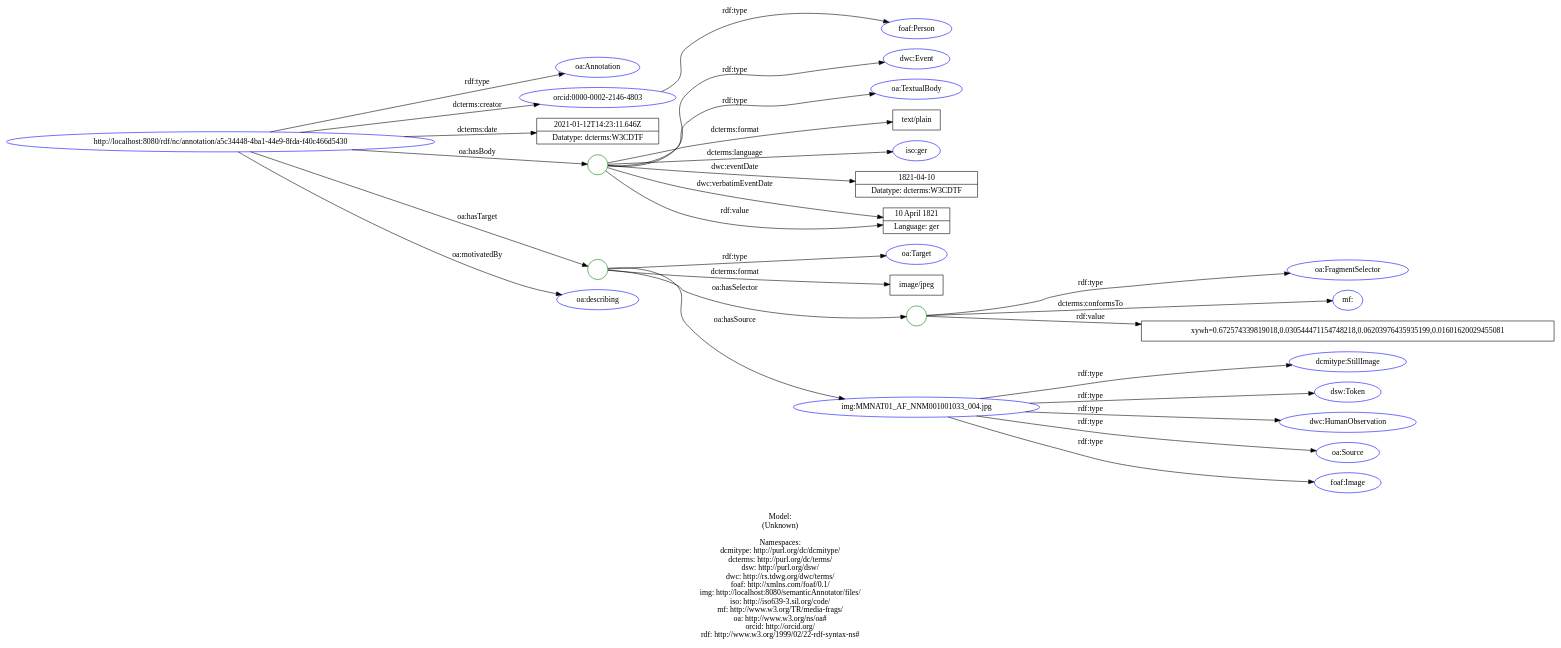
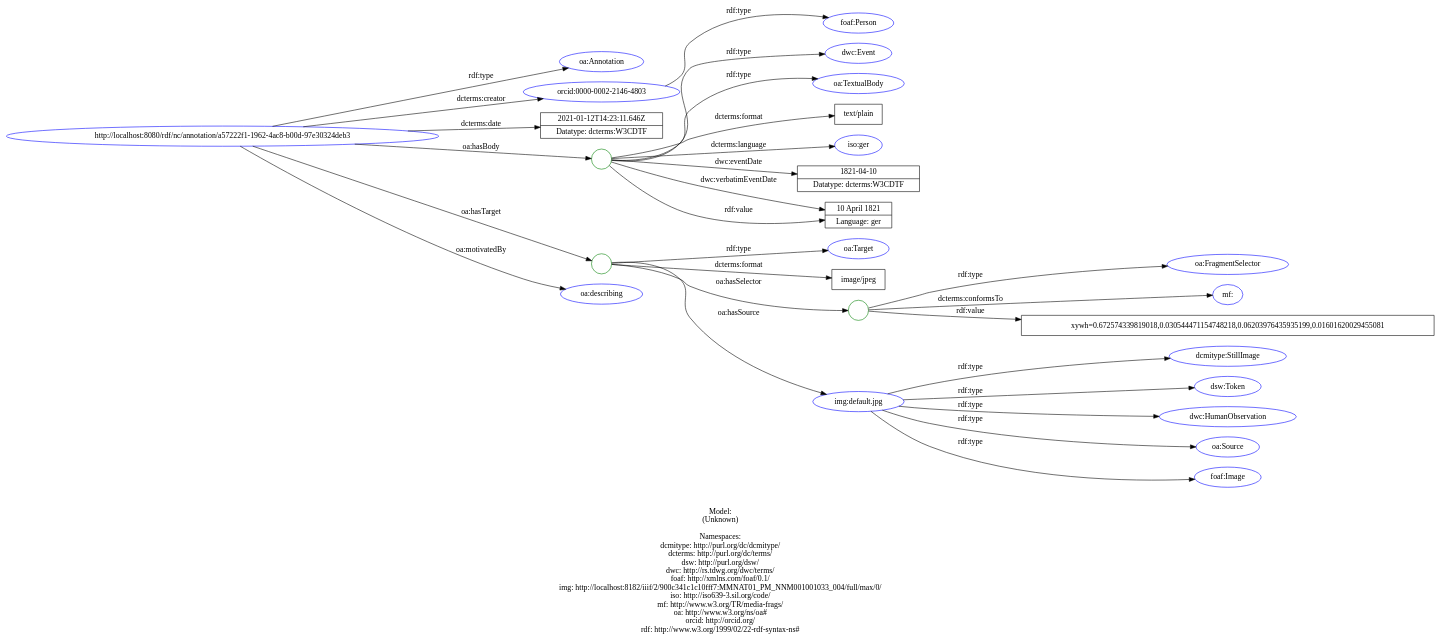
Before and after one commit to lisestork/SFB-Annotator: the diagram in doc/models/example_7_1.dot, drawn with Graphviz. The commit also changed 23 other files, not shown here.

Commit message:
Update RDF graphs & SVG plots.

```diff
--- a/doc/models/example_7_1.dot
+++ b/doc/models/example_7_1.dot
@@ -1,65 +1,65 @@
 digraph {
 	rankdir = LR;
 	charset="utf-8";
 
-	"Rhttp://localhost:8080/rdf/nc/annotation/a5c34448-4ba1-44e9-8fda-f40c466d5430" -> "Roa:Annotation" [ label="rdf:type" ];
-	"Rhttp://localhost:8080/rdf/nc/annotation/a5c34448-4ba1-44e9-8fda-f40c466d5430" -> "Rorcid:0000-0002-2146-4803" [ label="dcterms:creator" ];
-	"Rhttp://localhost:8080/rdf/nc/annotation/a5c34448-4ba1-44e9-8fda-f40c466d5430" -> "L2021-01-12T14:23:11.646Z|Datatype: dcterms:W3CDTF" [ label="dcterms:date" ];
-	"Rhttp://localhost:8080/rdf/nc/annotation/a5c34448-4ba1-44e9-8fda-f40c466d5430" -> "B_:node1f0go8rutx38" [ label="oa:hasBody" ];
-	"B_:node1f0go8rutx38" -> "Rdwc:Event" [ label="rdf:type" ];
-	"B_:node1f0go8rutx38" -> "Roa:TextualBody" [ label="rdf:type" ];
-	"B_:node1f0go8rutx38" -> "Ltext/plain" [ label="dcterms:format" ];
-	"B_:node1f0go8rutx38" -> "Riso:ger" [ label="dcterms:language" ];
-	"B_:node1f0go8rutx38" -> "L1821-04-10|Datatype: dcterms:W3CDTF" [ label="dwc:eventDate" ];
-	"B_:node1f0go8rutx38" -> "L10 April 1821|Language: ger" [ label="dwc:verbatimEventDate" ];
-	"B_:node1f0go8rutx38" -> "L10 April 1821|Language: ger" [ label="rdf:value" ];
-	"Rhttp://localhost:8080/rdf/nc/annotation/a5c34448-4ba1-44e9-8fda-f40c466d5430" -> "B_:node1f0go8rutx37" [ label="oa:hasTarget" ];
-	"B_:node1f0go8rutx37" -> "Roa:Target" [ label="rdf:type" ];
-	"B_:node1f0go8rutx37" -> "Limage/jpeg" [ label="dcterms:format" ];
-	"B_:node1f0go8rutx37" -> "B_:node1f0go8rutx40" [ label="oa:hasSelector" ];
-	"B_:node1f0go8rutx40" -> "Roa:FragmentSelector" [ label="rdf:type" ];
-	"B_:node1f0go8rutx40" -> "Rmf:" [ label="dcterms:conformsTo" ];
-	"B_:node1f0go8rutx40" -> "Lxywh=0.672574339819018,0.030544471154748218,0.06203976435935199,0.01601620029455081" [ label="rdf:value" ];
-	"B_:node1f0go8rutx37" -> "Rimg:MMNAT01_AF_NNM001001033_004.jpg" [ label="oa:hasSource" ];
-	"Rhttp://localhost:8080/rdf/nc/annotation/a5c34448-4ba1-44e9-8fda-f40c466d5430" -> "Roa:describing" [ label="oa:motivatedBy" ];
+	"Rhttp://localhost:8080/rdf/nc/annotation/a57222f1-1962-4ac8-b00d-97e30324deb3" -> "Roa:Annotation" [ label="rdf:type" ];
+	"Rhttp://localhost:8080/rdf/nc/annotation/a57222f1-1962-4ac8-b00d-97e30324deb3" -> "Rorcid:0000-0002-2146-4803" [ label="dcterms:creator" ];
+	"Rhttp://localhost:8080/rdf/nc/annotation/a57222f1-1962-4ac8-b00d-97e30324deb3" -> "L2021-01-12T14:23:11.646Z|Datatype: dcterms:W3CDTF" [ label="dcterms:date" ];
+	"Rhttp://localhost:8080/rdf/nc/annotation/a57222f1-1962-4ac8-b00d-97e30324deb3" -> "B_:node1f0gq2gelx81" [ label="oa:hasBody" ];
+	"B_:node1f0gq2gelx81" -> "Rdwc:Event" [ label="rdf:type" ];
+	"B_:node1f0gq2gelx81" -> "Roa:TextualBody" [ label="rdf:type" ];
+	"B_:node1f0gq2gelx81" -> "Ltext/plain" [ label="dcterms:format" ];
+	"B_:node1f0gq2gelx81" -> "Riso:ger" [ label="dcterms:language" ];
+	"B_:node1f0gq2gelx81" -> "L1821-04-10|Datatype: dcterms:W3CDTF" [ label="dwc:eventDate" ];
+	"B_:node1f0gq2gelx81" -> "L10 April 1821|Language: ger" [ label="dwc:verbatimEventDate" ];
+	"B_:node1f0gq2gelx81" -> "L10 April 1821|Language: ger" [ label="rdf:value" ];
+	"Rhttp://localhost:8080/rdf/nc/annotation/a57222f1-1962-4ac8-b00d-97e30324deb3" -> "B_:node1f0gq2gelx80" [ label="oa:hasTarget" ];
+	"B_:node1f0gq2gelx80" -> "Roa:Target" [ label="rdf:type" ];
+	"B_:node1f0gq2gelx80" -> "Limage/jpeg" [ label="dcterms:format" ];
+	"B_:node1f0gq2gelx80" -> "B_:node1f0gq2gelx83" [ label="oa:hasSelector" ];
+	"B_:node1f0gq2gelx83" -> "Roa:FragmentSelector" [ label="rdf:type" ];
+	"B_:node1f0gq2gelx83" -> "Rmf:" [ label="dcterms:conformsTo" ];
+	"B_:node1f0gq2gelx83" -> "Lxywh=0.672574339819018,0.030544471154748218,0.06203976435935199,0.01601620029455081" [ label="rdf:value" ];
+	"B_:node1f0gq2gelx80" -> "Rimg:default.jpg" [ label="oa:hasSource" ];
+	"Rhttp://localhost:8080/rdf/nc/annotation/a57222f1-1962-4ac8-b00d-97e30324deb3" -> "Roa:describing" [ label="oa:motivatedBy" ];
 	"Rorcid:0000-0002-2146-4803" -> "Rfoaf:Person" [ label="rdf:type" ];
-	"Rimg:MMNAT01_AF_NNM001001033_004.jpg" -> "Rdcmitype:StillImage" [ label="rdf:type" ];
-	"Rimg:MMNAT01_AF_NNM001001033_004.jpg" -> "Rdsw:Token" [ label="rdf:type" ];
-	"Rimg:MMNAT01_AF_NNM001001033_004.jpg" -> "Rdwc:HumanObservation" [ label="rdf:type" ];
-	"Rimg:MMNAT01_AF_NNM001001033_004.jpg" -> "Roa:Source" [ label="rdf:type" ];
-	"Rimg:MMNAT01_AF_NNM001001033_004.jpg" -> "Rfoaf:Image" [ label="rdf:type" ];
+	"Rimg:default.jpg" -> "Rdcmitype:StillImage" [ label="rdf:type" ];
+	"Rimg:default.jpg" -> "Rdsw:Token" [ label="rdf:type" ];
+	"Rimg:default.jpg" -> "Rdwc:HumanObservation" [ label="rdf:type" ];
+	"Rimg:default.jpg" -> "Roa:Source" [ label="rdf:type" ];
+	"Rimg:default.jpg" -> "Rfoaf:Image" [ label="rdf:type" ];
 
 	// Resources
-	"Rhttp://localhost:8080/rdf/nc/annotation/a5c34448-4ba1-44e9-8fda-f40c466d5430" [ label="http://localhost:8080/rdf/nc/annotation/a5c34448-4ba1-44e9-8fda-f40c466d5430", shape = ellipse, color = blue ];
+	"Rhttp://localhost:8080/rdf/nc/annotation/a57222f1-1962-4ac8-b00d-97e30324deb3" [ label="http://localhost:8080/rdf/nc/annotation/a57222f1-1962-4ac8-b00d-97e30324deb3", shape = ellipse, color = blue ];
 	"Roa:Annotation" [ label="oa:Annotation", shape = ellipse, color = blue ];
 	"Rorcid:0000-0002-2146-4803" [ label="orcid:0000-0002-2146-4803", shape = ellipse, color = blue ];
 	"Rdwc:Event" [ label="dwc:Event", shape = ellipse, color = blue ];
 	"Roa:TextualBody" [ label="oa:TextualBody", shape = ellipse, color = blue ];
 	"Riso:ger" [ label="iso:ger", shape = ellipse, color = blue ];
 	"Roa:Target" [ label="oa:Target", shape = ellipse, color = blue ];
 	"Roa:FragmentSelector" [ label="oa:FragmentSelector", shape = ellipse, color = blue ];
 	"Rmf:" [ label="mf:", shape = ellipse, color = blue ];
-	"Rimg:MMNAT01_AF_NNM001001033_004.jpg" [ label="img:MMNAT01_AF_NNM001001033_004.jpg", shape = ellipse, color = blue ];
+	"Rimg:default.jpg" [ label="img:default.jpg", shape = ellipse, color = blue ];
 	"Roa:describing" [ label="oa:describing", shape = ellipse, color = blue ];
 	"Rfoaf:Person" [ label="foaf:Person", shape = ellipse, color = blue ];
 	"Rdcmitype:StillImage" [ label="dcmitype:StillImage", shape = ellipse, color = blue ];
 	"Rdsw:Token" [ label="dsw:Token", shape = ellipse, color = blue ];
 	"Rdwc:HumanObservation" [ label="dwc:HumanObservation", shape = ellipse, color = blue ];
 	"Roa:Source" [ label="oa:Source", shape = ellipse, color = blue ];
 	"Rfoaf:Image" [ label="foaf:Image", shape = ellipse, color = blue ];
 
 	// Anonymous nodes
-	"B_:node1f0go8rutx38" [ label="", shape = circle, color = green ];
-	"B_:node1f0go8rutx37" [ label="", shape = circle, color = green ];
-	"B_:node1f0go8rutx40" [ label="", shape = circle, color = green ];
+	"B_:node1f0gq2gelx81" [ label="", shape = circle, color = green ];
+	"B_:node1f0gq2gelx80" [ label="", shape = circle, color = green ];
+	"B_:node1f0gq2gelx83" [ label="", shape = circle, color = green ];
 
 	// Literals
 	"L2021-01-12T14:23:11.646Z|Datatype: dcterms:W3CDTF" [ label="2021-01-12T14:23:11.646Z|Datatype: dcterms:W3CDTF", shape = record ];
 	"Ltext/plain" [ label="text/plain", shape = record ];
 	"L1821-04-10|Datatype: dcterms:W3CDTF" [ label="1821-04-10|Datatype: dcterms:W3CDTF", shape = record ];
 	"L10 April 1821|Language: ger" [ label="10 April 1821|Language: ger", shape = record ];
 	"Limage/jpeg" [ label="image/jpeg", shape = record ];
 	"Lxywh=0.672574339819018,0.030544471154748218,0.06203976435935199,0.01601620029455081" [ label="xywh=0.672574339819018,0.030544471154748218,0.06203976435935199,0.01601620029455081", shape = record ];
 
-	label="\n\nModel:\n(Unknown)\n\nNamespaces:\ndcmitype: http://purl.org/dc/dcmitype/\ndcterms: http://purl.org/dc/terms/\ndsw: http://purl.org/dsw/\ndwc: http://rs.tdwg.org/dwc/terms/\nfoaf: http://xmlns.com/foaf/0.1/\nimg: http://localhost:8080/semanticAnnotator/files/\niso: http://iso639-3.sil.org/code/\nmf: http://www.w3.org/TR/media-frags/\noa: http://www.w3.org/ns/oa#\norcid: http://orcid.org/\nrdf: http://www.w3.org/1999/02/22-rdf-syntax-ns#\n";
+	label="\n\nModel:\n(Unknown)\n\nNamespaces:\ndcmitype: http://purl.org/dc/dcmitype/\ndcterms: http://purl.org/dc/terms/\ndsw: http://purl.org/dsw/\ndwc: http://rs.tdwg.org/dwc/terms/\nfoaf: http://xmlns.com/foaf/0.1/\nimg: http://localhost:8182/iiif/2/900c341c1c10fff7:MMNAT01_PM_NNM001001033_004/full/max/0/\niso: http://iso639-3.sil.org/code/\nmf: http://www.w3.org/TR/media-frags/\noa: http://www.w3.org/ns/oa#\norcid: http://orcid.org/\nrdf: http://www.w3.org/1999/02/22-rdf-syntax-ns#\n";
 }
```
